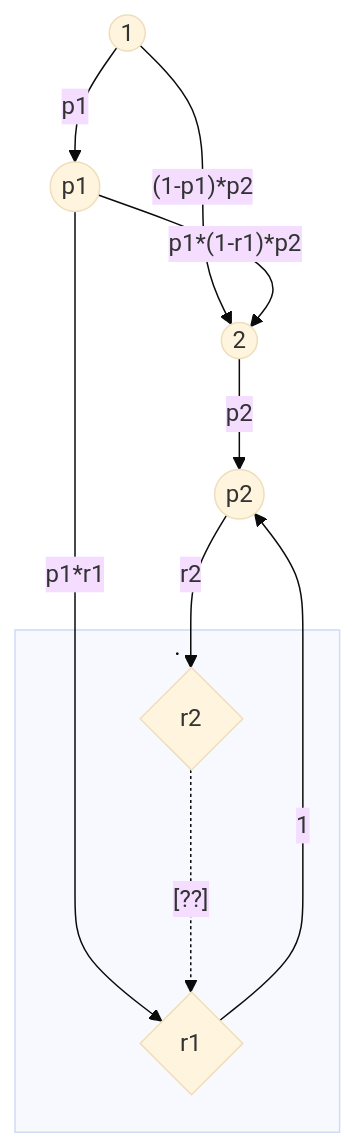
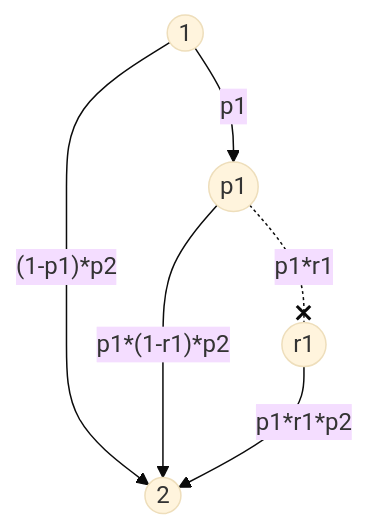
The fourth of 4 diagrams in vault/sem2/AuW/UE/cx/bf/cx07-bf.md (bfeitknecht/vault), drawn with Mermaid (base theme) before and after one commit. The commit also changed other lines of this file, not shown here.

Commit message:
vault backup: 2024-05-04 00:18:03 from MacBook Pro (echo)
Affected files:
vault/sem2/AuW/UE/cx/bf/cx07-bf.md

````diff
--- a/vault/sem2/AuW/UE/cx/bf/cx07-bf.md
+++ b/vault/sem2/AuW/UE/cx/bf/cx07-bf.md
@@ -90,22 +90,10 @@
 ```mermaid
 flowchart TD
 
-id1((1))
-id2((2))
-id3((p1))
-id4{r1}
-id5((p2))
-id6{r2}
+id1((1))-->|"(1-p1)*p2"|id2((2))
+id1-->|"p1"|id3((p1))
+id3-.-x|"p1*r1"|id4((r1))
+id3-->|"p1*(1-r1)*p2"|id2
+id4-->|"p1*r1*p2"|id2
 
-id1-->|"(1-p1)*p2"|id2
-id1-->|"p1"|id3
-id3-->|"p1*r1"|id4
-id3-->|"p1*(1-r1)*p2"|id2
-id2-->|"p2"|id5
-id4-->|"1"|id5
-id5-->|"r2"|id6
-
-subgraph .
-	id6-..->|"[??]"|id4
-end
 ```
````
